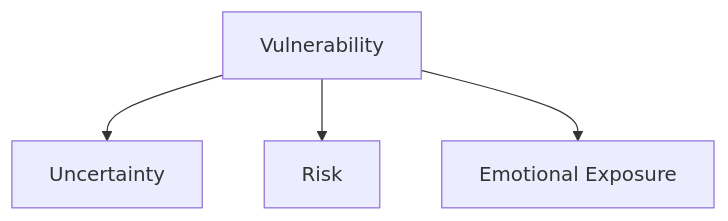
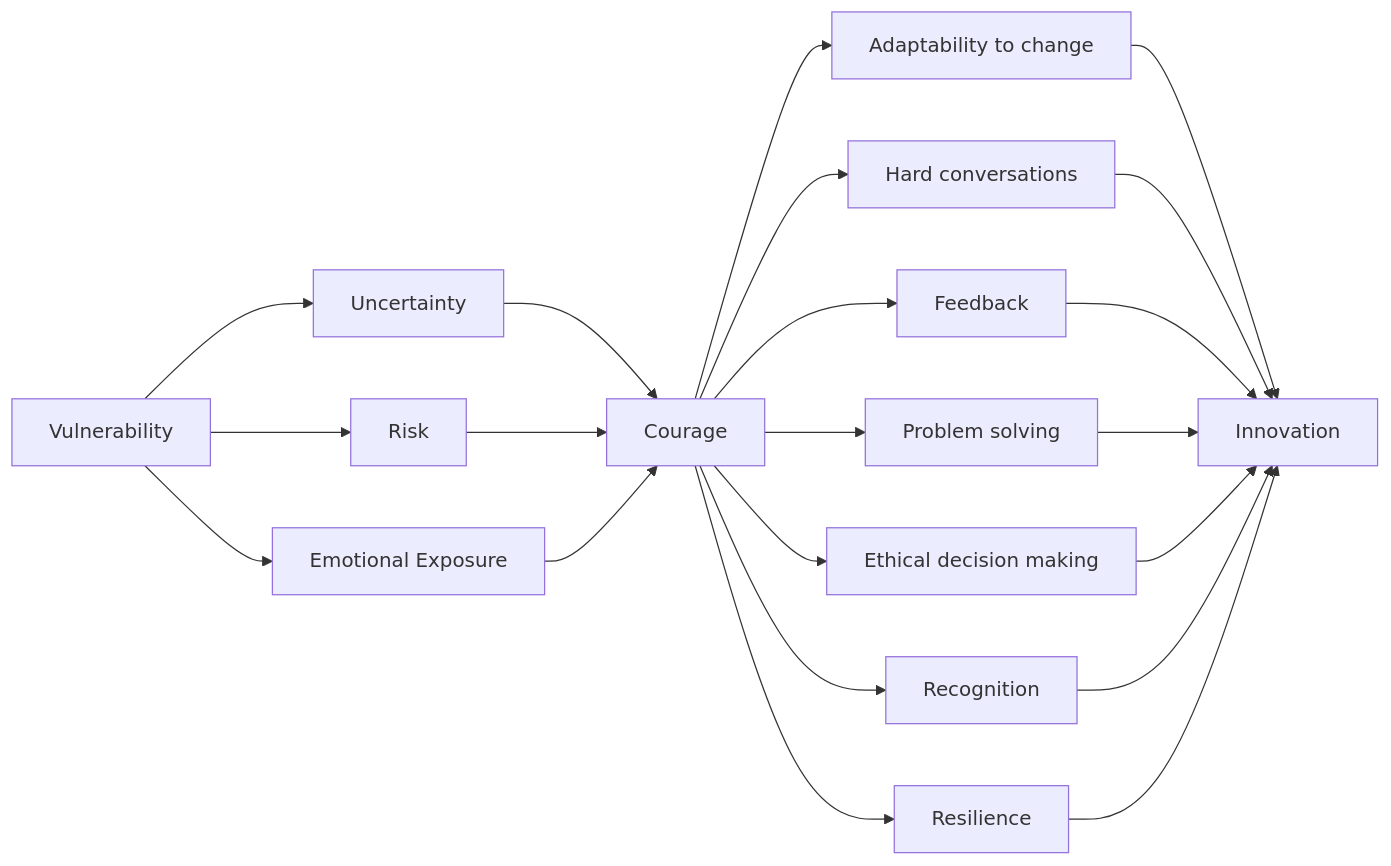
The diagram in _posts/books/psych/daring-2-lead/2024-12-15-vulnerability.md (samratkar/samratkar.github.io), drawn with Mermaid before and after one commit. The commit also changed other lines of this file, not shown here.

````diff
--- a/_posts/books/psych/daring-2-lead/2024-12-15-vulnerability.md
+++ b/_posts/books/psych/daring-2-lead/2024-12-15-vulnerability.md
@@ -53,6 +53,23 @@
 ```mermaid
-    graph TD
+    graph LR
     A[Vulnerability] --> B[Uncertainty]
     A --> C[Risk]
     A --> D[Emotional Exposure]
+    B --> E[Courage]
+    C --> E
+    D --> E
+    E --> F[Adaptability to change]
+    E --> G[Hard conversations]
+    E --> H[Feedback]
+    E --> I[Problem solving]
+    E --> J[Ethical decision making]
+    E --> K[Recognition]
+    E --> L[Resilience]
+    F --> Z[Innovation]
+    G --> Z
+    H --> Z
+    I --> Z
+    J --> Z
+    K --> Z
+    L --> Z
 ```
````
